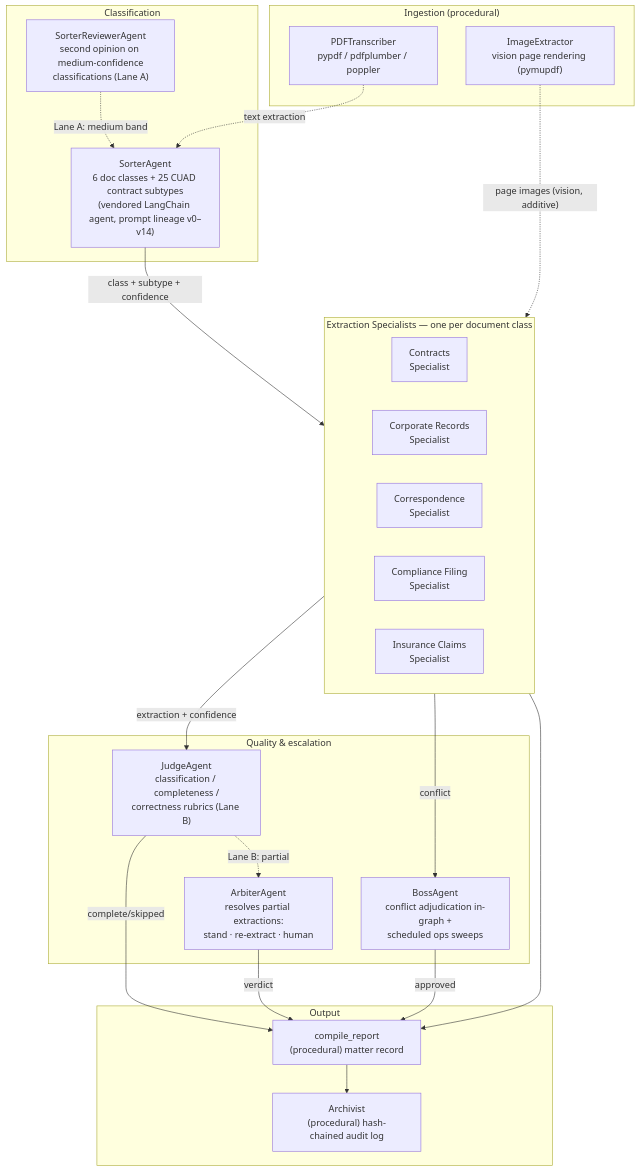
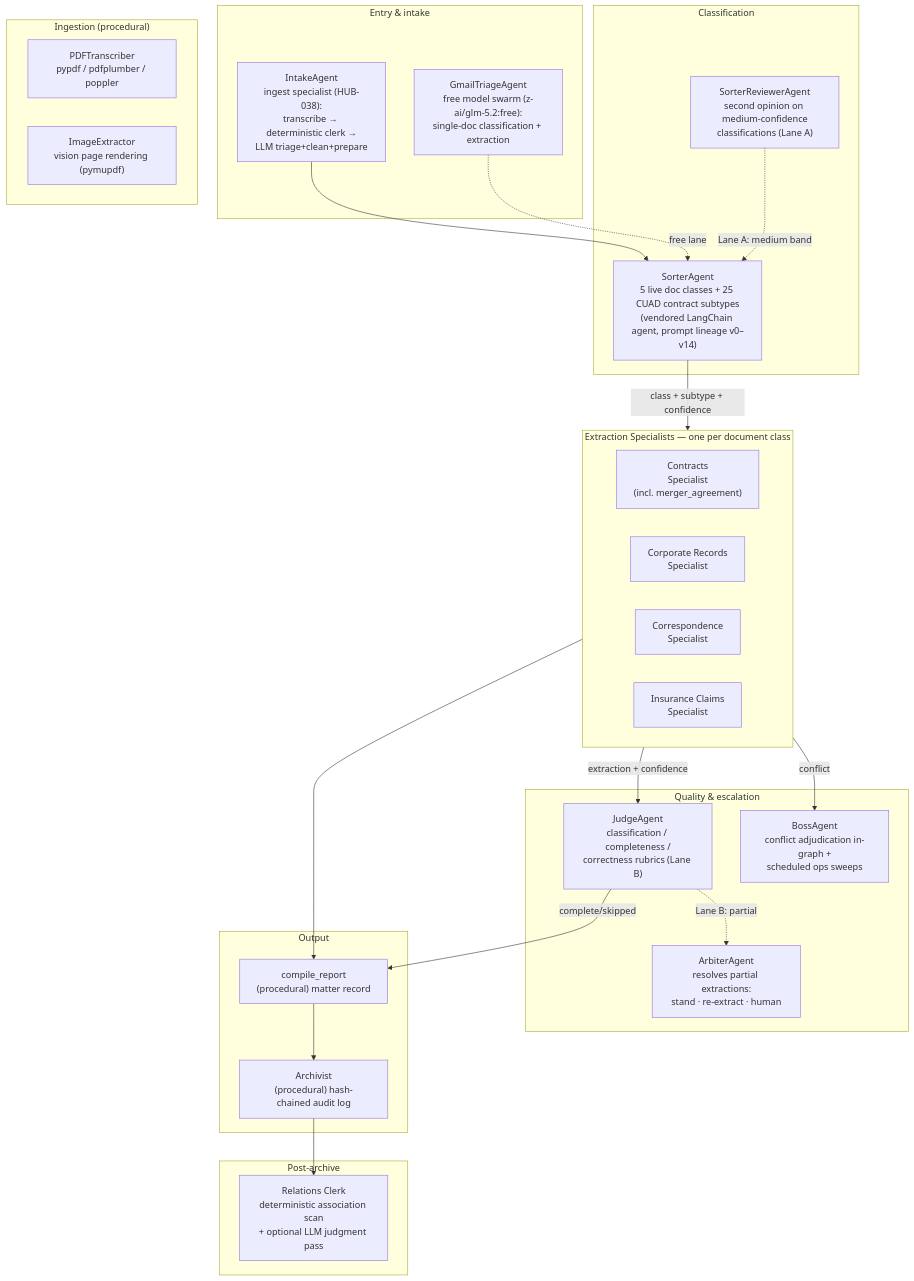
The second of 2 diagrams in README.md (Exios66/llm-mailroom), drawn with Mermaid before and after one commit. The commit also changed other lines of this file and 83 other files, not shown here.

````diff
--- a/README.md
+++ b/README.md
@@ -188,44 +199,51 @@
 ```mermaid
 flowchart TB
+    subgraph ENTRY["Entry & intake"]
+        INTAKE["IntakeAgent<br/>ingest specialist (HUB-038):<br/>transcribe → deterministic clerk →<br/>LLM triage+clean+prepare"]
+        GMAIL["GmailTriageAgent<br/>free model swarm (z-ai/glm-5.2:free):<br/>single-doc classification + extraction"]
+    end
+
     subgraph CLASSIFY["Classification"]
-        SORTER["SorterAgent<br/>6 doc classes + 25 CUAD contract subtypes<br/>(vendored LangChain agent, prompt lineage v0–v14)"]
+        SORTER["SorterAgent<br/>5 live doc classes + 25 CUAD contract subtypes<br/>(vendored LangChain agent, prompt lineage v0–v14)"]
         REVIEWER["SorterReviewerAgent<br/>second opinion on medium-confidence<br/>classifications (Lane A)"]
     end
 
     subgraph SPECIALISTS["Extraction Specialists — one per document class"]
-        CONTRACTS["Contracts<br/>Specialist"]
+        CONTRACTS["Contracts<br/>Specialist<br/>(incl. merger_agreement)"]
         CORP["Corporate Records<br/>Specialist"]
         CORR["Correspondence<br/>Specialist"]
-        COMP["Compliance Filing<br/>Specialist"]
         INS["Insurance Claims<br/>Specialist"]
     end
 
     subgraph QUALITY["Quality & escalation"]
         JUDGE["JudgeAgent<br/>classification / completeness /<br/>correctness rubrics (Lane B)"]
         ARBITER["ArbiterAgent<br/>resolves partial extractions:<br/>stand · re-extract · human"]
         BOSS["BossAgent<br/>conflict adjudication in-graph +<br/>scheduled ops sweeps"]
     end
 
     subgraph OUTPUT["Output"]
         REPORTER["compile_report<br/>(procedural) matter record"]
         ARCHIVIST["Archivist<br/>(procedural) hash-chained audit log"]
     end
 
+    subgraph POST["Post-archive"]
+        RELATIONS["Relations Clerk<br/>deterministic association scan<br/>+ optional LLM judgment pass"]
+    end
+
     subgraph INGEST2["Ingestion (procedural)"]
         PDF["PDFTranscriber<br/>pypdf / pdfplumber / poppler"]
         IMG["ImageExtractor<br/>vision page rendering (pymupdf)"]
     end
 
+    INTAKE --> SORTER
+    GMAIL -.->|free lane| SORTER
     SORTER -- "class + subtype + confidence" --> SPECIALISTS
     REVIEWER -. "Lane A: medium band" .-> SORTER
     SPECIALISTS -- "extraction + confidence" --> JUDGE
     JUDGE -. "Lane B: partial" .-> ARBITER
     SPECIALISTS -- "conflict" --> BOSS
     SPECIALISTS --> REPORTER
     JUDGE -- "complete/skipped" --> REPORTER
-    ARBITER -- "verdict" --> REPORTER
-    BOSS -- "approved" --> REPORTER
     REPORTER --> ARCHIVIST
-    PDF -. "text extraction" .-> SORTER
-    IMG -. "page images (vision, additive)" .-> SPECIALISTS
+    ARCHIVIST --> RELATIONS
 ```
````
